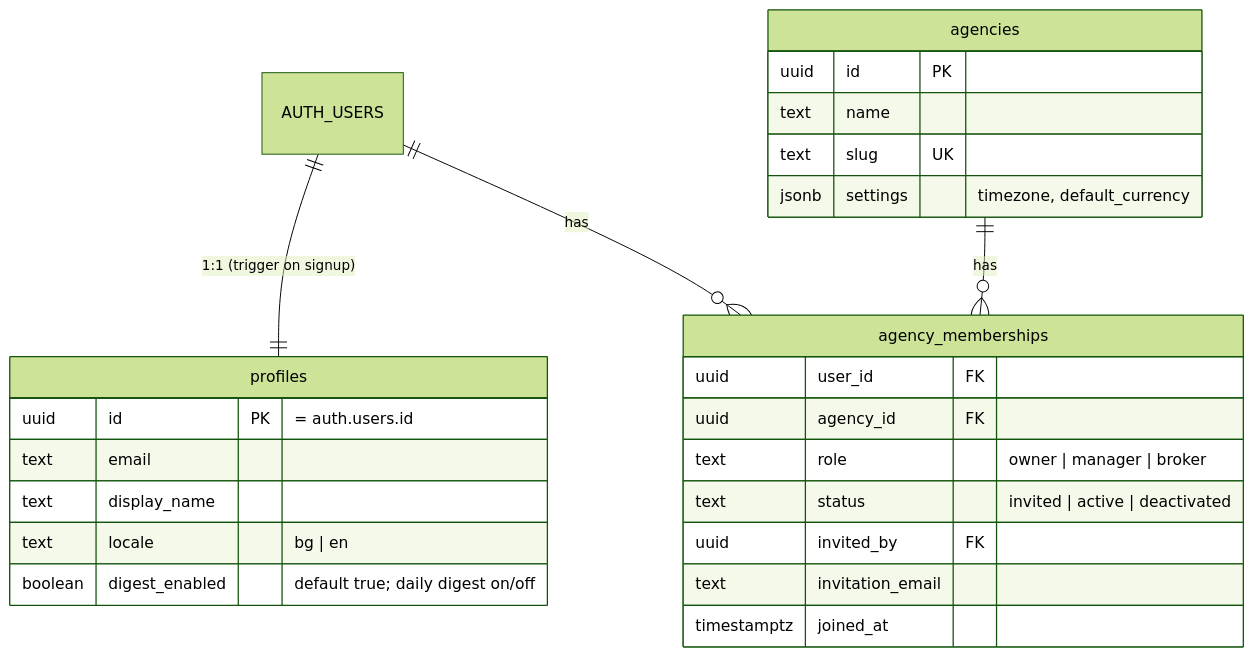
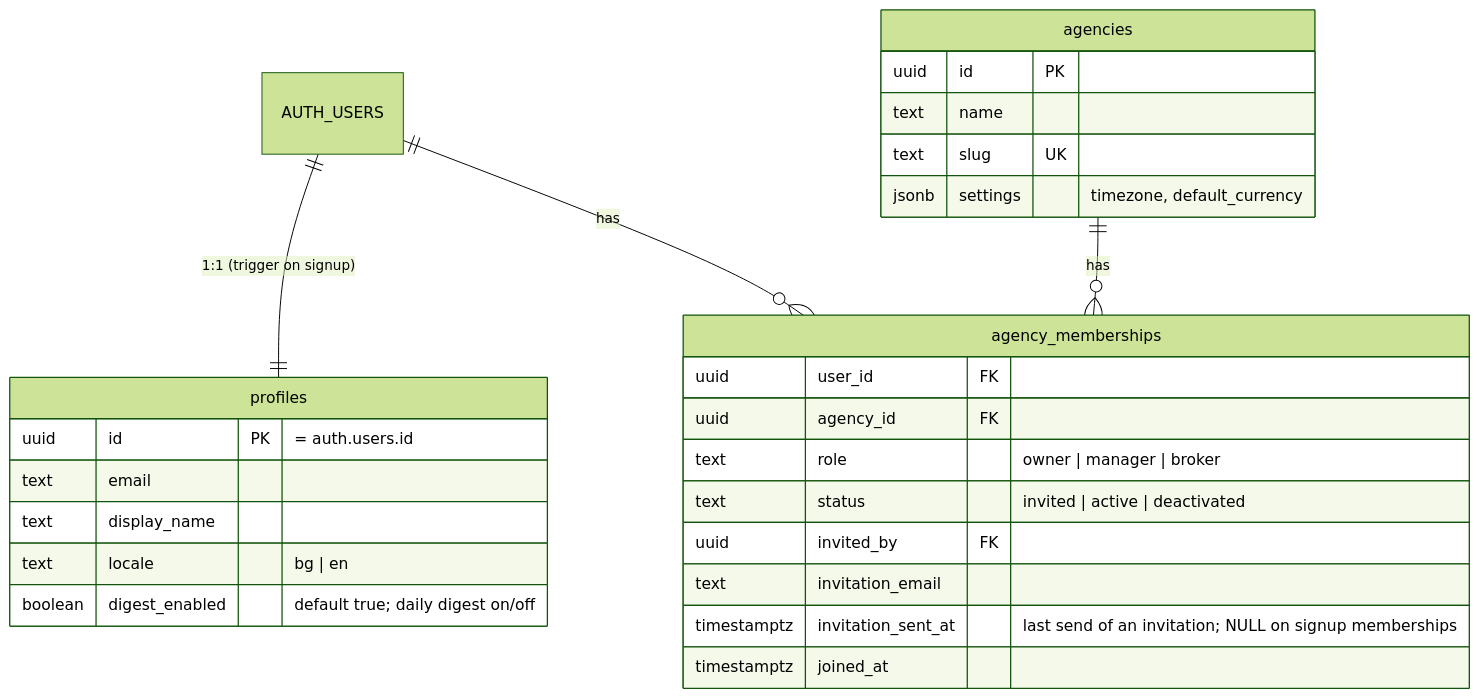
Before and after one commit to dreaminglory/retail_broker_CRM: the second of 15 diagrams in docs/domain-model.md, drawn with Mermaid (forest theme). The commit also changed other lines of this file and 7 other files, not shown here.

````diff
--- a/docs/domain-model.md
+++ b/docs/domain-model.md
@@ -93,29 +93,30 @@
 ```mermaid
 erDiagram
   AUTH_USERS ||--|| profiles : "1:1 (trigger on signup)"
   AUTH_USERS ||--o{ agency_memberships : "has"
   agencies ||--o{ agency_memberships : "has"
 
   agencies {
     uuid id PK
     text name
     text slug UK
     jsonb settings "timezone, default_currency"
   }
   agency_memberships {
     uuid user_id FK
     uuid agency_id FK
     text role "owner | manager | broker"
     text status "invited | active | deactivated"
     uuid invited_by FK
     text invitation_email
+    timestamptz invitation_sent_at "last send of an invitation; NULL on signup memberships"
     timestamptz joined_at
   }
   profiles {
     uuid id PK "= auth.users.id"
     text email
     text display_name
     text locale "bg | en"
     boolean digest_enabled "default true; daily digest on/off"
   }
 ```
````
